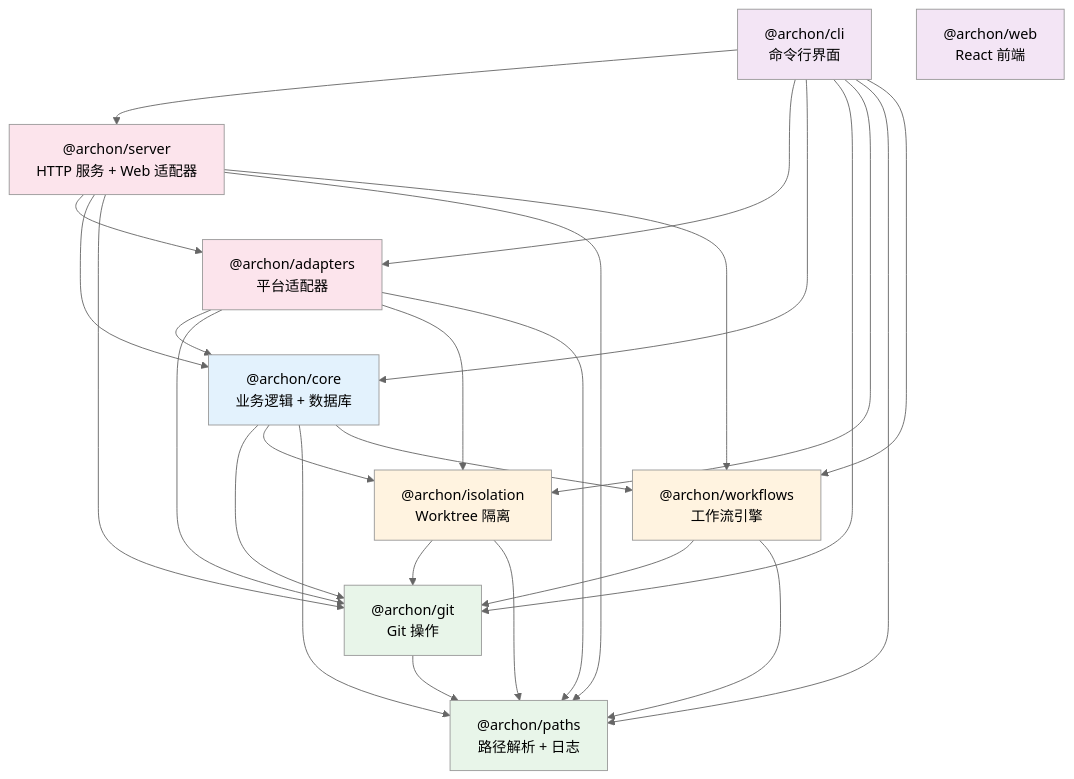
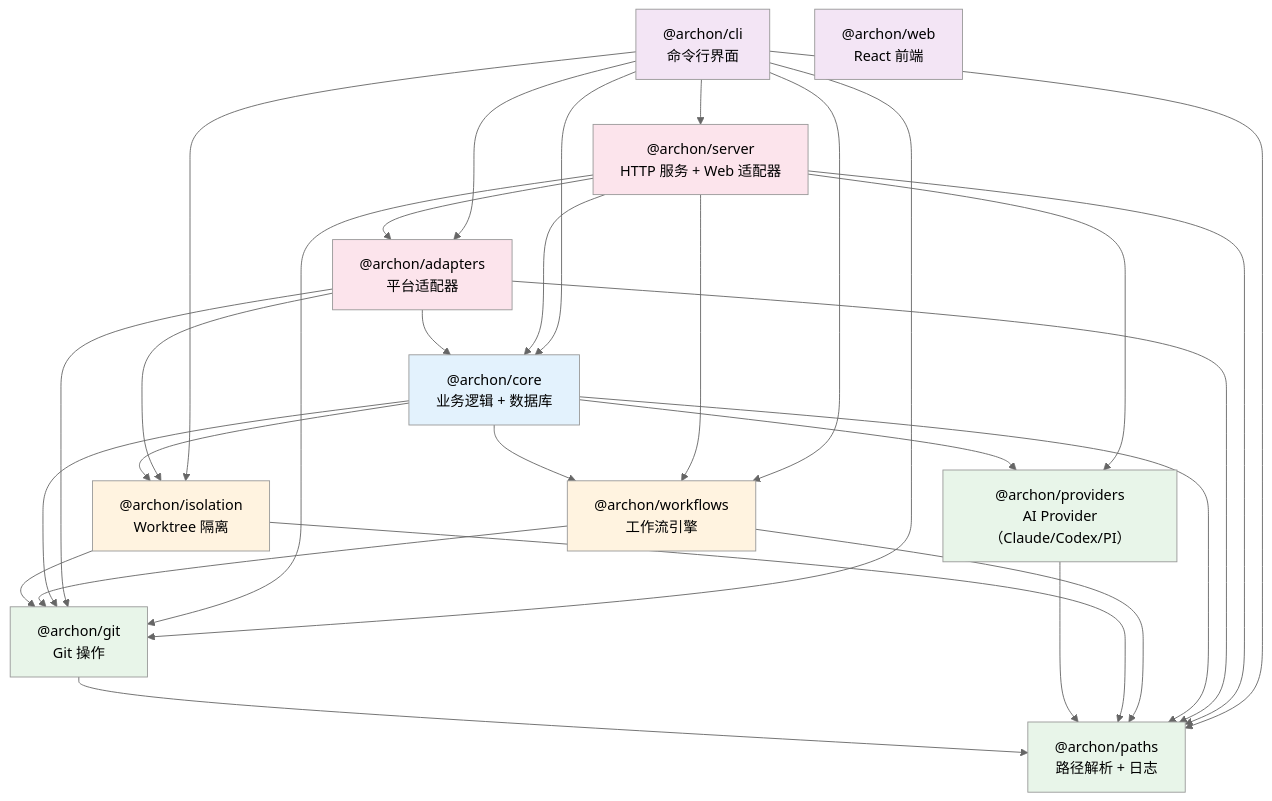
Before and after one commit to ljie-PI/code-deep-dive: the first of 2 diagrams in archon/01-overview.md, drawn with Mermaid. The commit also changed other lines of this file and 13 other files, not shown here.

````diff
--- a/archon/01-overview.md
+++ b/archon/01-overview.md
@@ -39,49 +39,54 @@
 ```mermaid
 %%{init: {'theme': 'neutral'}}%%
 graph TD
     paths["@archon/paths<br/>路径解析 + 日志"]
     git["@archon/git<br/>Git 操作"]
+    providers["@archon/providers<br/>AI Provider（Claude/Codex/PI）"]
     isolation["@archon/isolation<br/>Worktree 隔离"]
     workflows["@archon/workflows<br/>工作流引擎"]
     core["@archon/core<br/>业务逻辑 + 数据库"]
     adapters["@archon/adapters<br/>平台适配器"]
     server["@archon/server<br/>HTTP 服务 + Web 适配器"]
     cli["@archon/cli<br/>命令行界面"]
     web["@archon/web<br/>React 前端"]
 
     git --> paths
+    providers --> paths
     isolation --> git
     isolation --> paths
     workflows --> git
     workflows --> paths
     core --> git
     core --> isolation
     core --> paths
     core --> workflows
+    core --> providers
     adapters --> core
     adapters --> git
     adapters --> isolation
     adapters --> paths
     server --> adapters
     server --> core
     server --> git
     server --> paths
     server --> workflows
+    server --> providers
     cli --> server
     cli --> adapters
     cli --> core
     cli --> git
     cli --> isolation
     cli --> paths
     cli --> workflows
 
     style paths fill:#e8f5e9
     style git fill:#e8f5e9
+    style providers fill:#e8f5e9
     style isolation fill:#fff3e0
     style workflows fill:#fff3e0
     style core fill:#e3f2fd
     style adapters fill:#fce4ec
     style server fill:#fce4ec
     style cli fill:#f3e5f5
     style web fill:#f3e5f5
 ```
````
